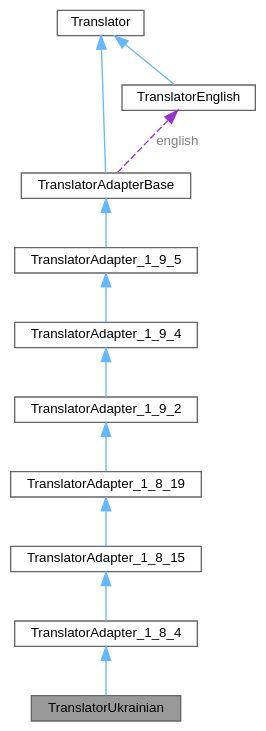
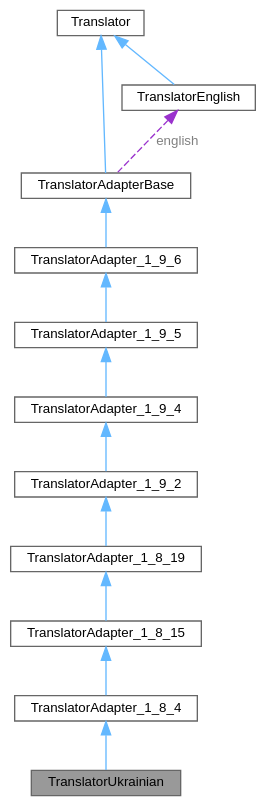
The diagram in d9/d69/class_translator_ukrainian__coll__graph.dot (tim-gromeyer/doxygen), drawn with Graphviz before and after one commit. The commit also changed 880 other files, not shown here.

```diff
--- a/d9/d69/class_translator_ukrainian__coll__graph.dot
+++ b/d9/d69/class_translator_ukrainian__coll__graph.dot
@@ -1,28 +1,30 @@
 digraph "TranslatorUkrainian"
 {
  // INTERACTIVE_SVG=YES
  // LATEX_PDF_SIZE
   bgcolor="transparent";
   edge [fontname=Helvetica,fontsize=10,labelfontname=Helvetica,labelfontsize=10];
   node [fontname=Helvetica,fontsize=10,shape=box,height=0.2,width=0.4];
   Node1 [label="TranslatorUkrainian",height=0.2,width=0.4,color="gray40", fillcolor="grey60", style="filled", fontcolor="black",tooltip=" "];
   Node2 -> Node1 [dir="back",color="steelblue1",style="solid"];
   Node2 [label="TranslatorAdapter_1_8_4",height=0.2,width=0.4,color="gray40", fillcolor="white", style="filled",URL="$de/d2f/class_translator_adapter__1__8__4.html",tooltip=" "];
   Node3 -> Node2 [dir="back",color="steelblue1",style="solid"];
   Node3 [label="TranslatorAdapter_1_8_15",height=0.2,width=0.4,color="gray40", fillcolor="white", style="filled",URL="$d4/d2e/class_translator_adapter__1__8__15.html",tooltip=" "];
   Node4 -> Node3 [dir="back",color="steelblue1",style="solid"];
   Node4 [label="TranslatorAdapter_1_8_19",height=0.2,width=0.4,color="gray40", fillcolor="white", style="filled",URL="$de/dde/class_translator_adapter__1__8__19.html",tooltip=" "];
   Node5 -> Node4 [dir="back",color="steelblue1",style="solid"];
   Node5 [label="TranslatorAdapter_1_9_2",height=0.2,width=0.4,color="gray40", fillcolor="white", style="filled",URL="$d3/d2e/class_translator_adapter__1__9__2.html",tooltip=" "];
   Node6 -> Node5 [dir="back",color="steelblue1",style="solid"];
   Node6 [label="TranslatorAdapter_1_9_4",height=0.2,width=0.4,color="gray40", fillcolor="white", style="filled",URL="$d0/d33/class_translator_adapter__1__9__4.html",tooltip=" "];
   Node7 -> Node6 [dir="back",color="steelblue1",style="solid"];
   Node7 [label="TranslatorAdapter_1_9_5",height=0.2,width=0.4,color="gray40", fillcolor="white", style="filled",URL="$dd/dba/class_translator_adapter__1__9__5.html",tooltip=" "];
   Node8 -> Node7 [dir="back",color="steelblue1",style="solid"];
-  Node8 [label="TranslatorAdapterBase",height=0.2,width=0.4,color="gray40", fillcolor="white", style="filled",URL="$db/d6c/class_translator_adapter_base.html",tooltip="Base of the translator adapter tree."];
+  Node8 [label="TranslatorAdapter_1_9_6",height=0.2,width=0.4,color="gray40", fillcolor="white", style="filled",URL="$db/d71/class_translator_adapter__1__9__6.html",tooltip=" "];
   Node9 -> Node8 [dir="back",color="steelblue1",style="solid"];
-  Node9 [label="Translator",height=0.2,width=0.4,color="gray40", fillcolor="white", style="filled",URL="$d8/dfb/class_translator.html",tooltip="Abstract base class for all translatable text fragments."];
-  Node10 -> Node8 [dir="back",color="darkorchid3",style="dashed",label=" english",fontcolor="grey" ];
-  Node10 [label="TranslatorEnglish",height=0.2,width=0.4,color="gray40", fillcolor="white", style="filled",URL="$d6/d78/class_translator_english.html",tooltip=" "];
-  Node9 -> Node10 [dir="back",color="steelblue1",style="solid"];
+  Node9 [label="TranslatorAdapterBase",height=0.2,width=0.4,color="gray40", fillcolor="white", style="filled",URL="$db/d6c/class_translator_adapter_base.html",tooltip="Base of the translator adapter tree."];
+  Node10 -> Node9 [dir="back",color="steelblue1",style="solid"];
+  Node10 [label="Translator",height=0.2,width=0.4,color="gray40", fillcolor="white", style="filled",URL="$d8/dfb/class_translator.html",tooltip="Abstract base class for all translatable text fragments."];
+  Node11 -> Node9 [dir="back",color="darkorchid3",style="dashed",label=" english",fontcolor="grey" ];
+  Node11 [label="TranslatorEnglish",height=0.2,width=0.4,color="gray40", fillcolor="white", style="filled",URL="$d6/d78/class_translator_english.html",tooltip=" "];
+  Node10 -> Node11 [dir="back",color="steelblue1",style="solid"];
 }
```
